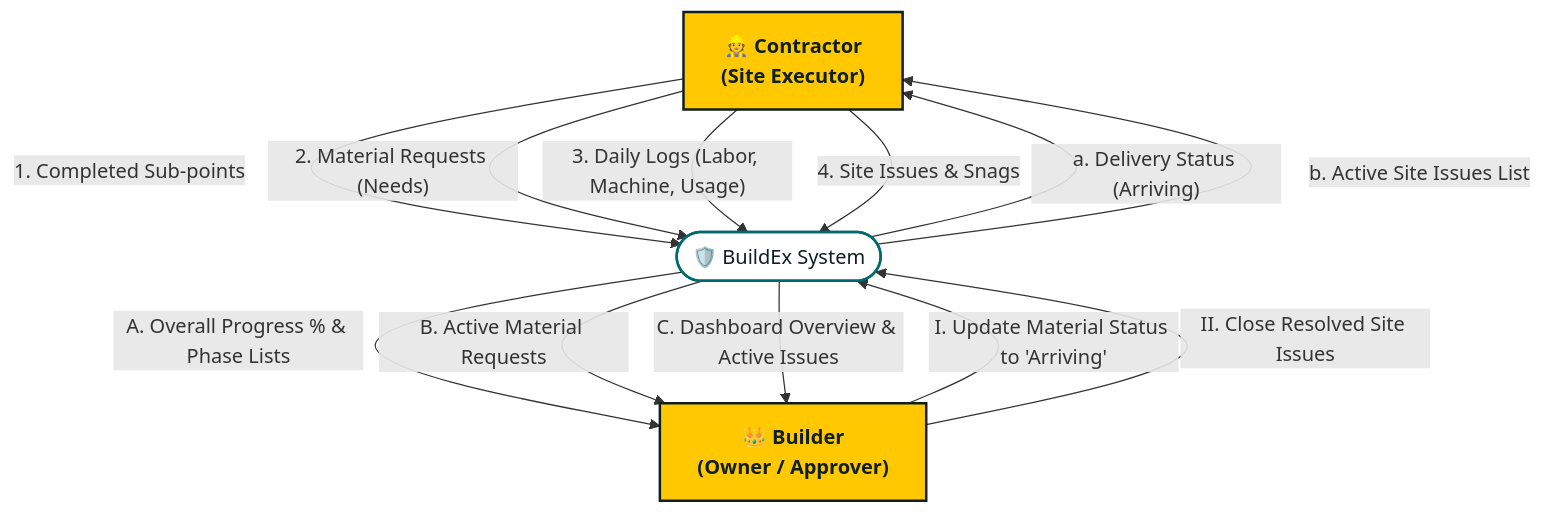
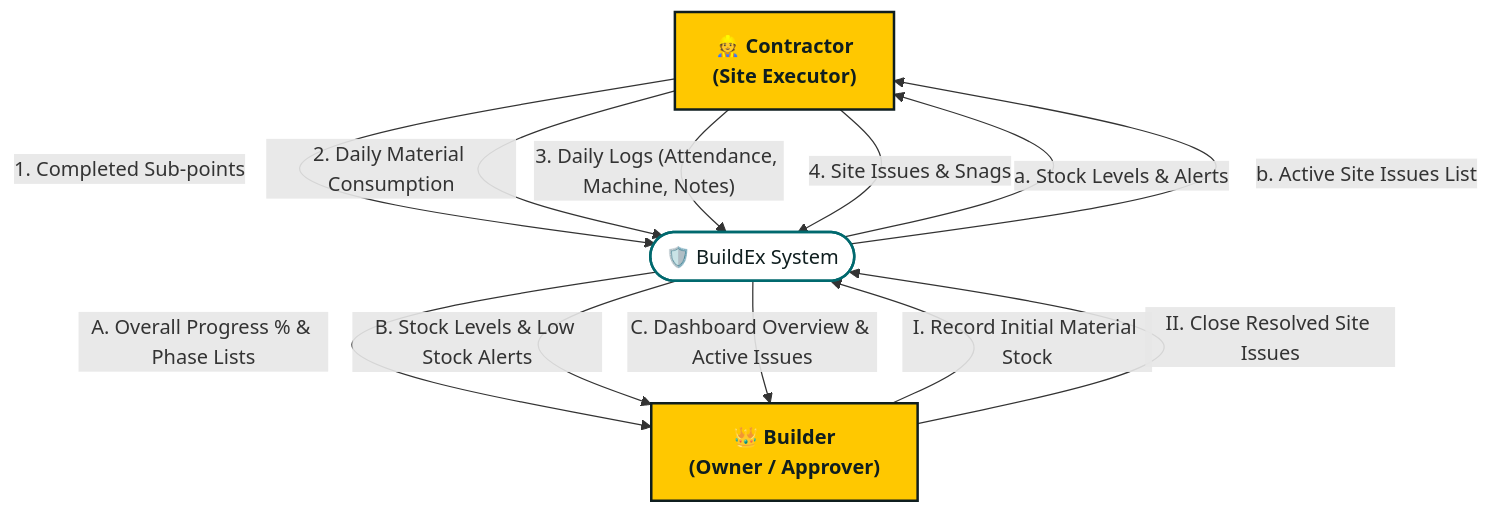
One commit to DivyaJaviya01/BuildEx_app changed the first of 2 diagrams in system_design/03_data_flow_diagrams.md. Above: the diagram before and after it, drawn with Mermaid. The commit also changed other lines of this file and 16 other files, not shown here.

Commit message:
docs: synchronize system design and map page redirection flow

````diff
--- a/system_design/03_data_flow_diagrams.md
+++ b/system_design/03_data_flow_diagrams.md
@@ -11,34 +11,34 @@
 ```mermaid
 flowchart TD
     %% External Entities
     C["👷 Contractor<br/>(Site Executor)"]
     B["👑 Builder<br/>(Owner / Approver)"]
     
     %% System Bubble
     System(["🛡️ BuildEx System"])
 
     %% Data Flow from Contractor to System
     C -- "1. Completed Sub-points" --> System
-    C -- "2. Material Requests (Needs)" --> System
-    C -- "3. Daily Logs (Labor, Machine, Usage)" --> System
+    C -- "2. Daily Material Consumption" --> System
+    C -- "3. Daily Logs (Attendance, Machine, Notes)" --> System
     C -- "4. Site Issues & Snags" --> System
 
     %% Data Flow from System to Contractor
-    System -- "a. Delivery Status (Arriving)" --> C
+    System -- "a. Stock Levels & Alerts" --> C
     System -- "b. Active Site Issues List" --> C
 
     %% Data Flow from Builder to System
-    B -- "I. Update Material Status to 'Arriving'" --> System
+    B -- "I. Record Initial Material Stock" --> System
     B -- "II. Close Resolved Site Issues" --> System
 
     %% Data Flow from System to Builder
     System -- "A. Overall Progress % & Phase Lists" --> B
-    System -- "B. Active Material Requests" --> B
+    System -- "B. Stock Levels & Low Stock Alerts" --> B
     System -- "C. Dashboard Overview & Active Issues" --> B
 
     %% Custom formatting
     classDef entity fill:#FFC800,stroke:#0f1e1f,stroke-width:2px,color:#0f1e1f,font-weight:bold;
     classDef system fill:#FFFFFF,stroke:#00696e,stroke-width:2px,color:#0f1e1f;
     class C,B entity;
     class System system;
 ```
````
